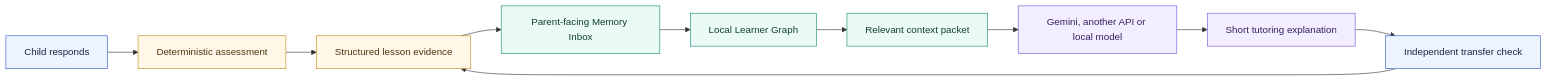
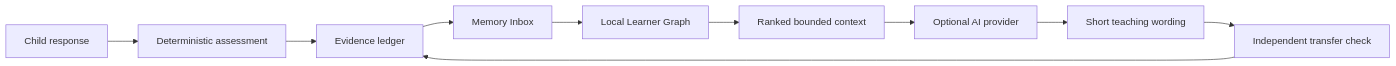
One commit to inbharatai/mindcarry changed the first of 2 diagrams in README.md. Above: the diagram before and after it, drawn with Mermaid. The commit also changed other lines of this file and 17 other files, not shown here.

````diff
--- a/README.md
+++ b/README.md
@@ -50,22 +52,12 @@
 ```mermaid
 flowchart LR
-    CHILD[Child responds] --> ASSESS[Deterministic assessment]
-    ASSESS --> EVIDENCE[Structured lesson evidence]
-    EVIDENCE --> INBOX[Parent-facing Memory Inbox]
+    CHILD[Child response] --> ENGINE[Deterministic assessment]
+    ENGINE --> LEDGER[Evidence ledger]
+    LEDGER --> INBOX[Memory Inbox]
     INBOX --> GRAPH[Local Learner Graph]
-    GRAPH --> CONTEXT[Relevant context packet]
-    CONTEXT --> PROVIDER[Gemini, another API or local model]
-    PROVIDER --> TEACH[Short tutoring explanation]
-    TEACH --> TRANSFER[Independent transfer check]
-    TRANSFER --> EVIDENCE
-
-    classDef child fill:#EEF4FF,stroke:#3157C8,color:#17233E;
-    classDef trusted fill:#FFF8E8,stroke:#C48716,color:#4D3510;
-    classDef memory fill:#EAFBF6,stroke:#138A78,color:#123D36;
-    classDef provider fill:#F3EEFF,stroke:#7655D8,color:#30205C;
-
-    class CHILD,TRANSFER child;
-    class ASSESS,EVIDENCE trusted;
-    class INBOX,GRAPH,CONTEXT memory;
-    class PROVIDER,TEACH provider;
+    GRAPH --> SELECT[Ranked bounded context]
+    SELECT --> PROVIDER[Optional AI provider]
+    PROVIDER --> WORDING[Short teaching wording]
+    WORDING --> TRANSFER[Independent transfer check]
+    TRANSFER --> LEDGER
 ```
````
